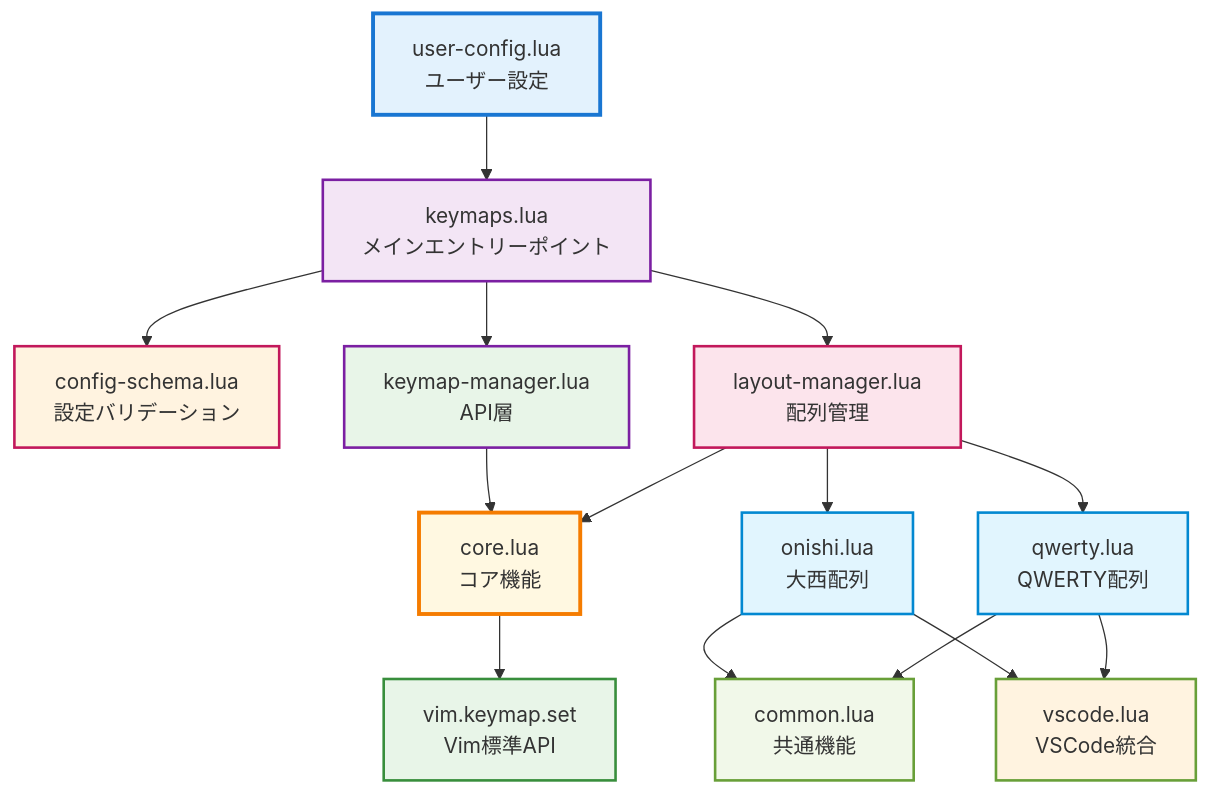
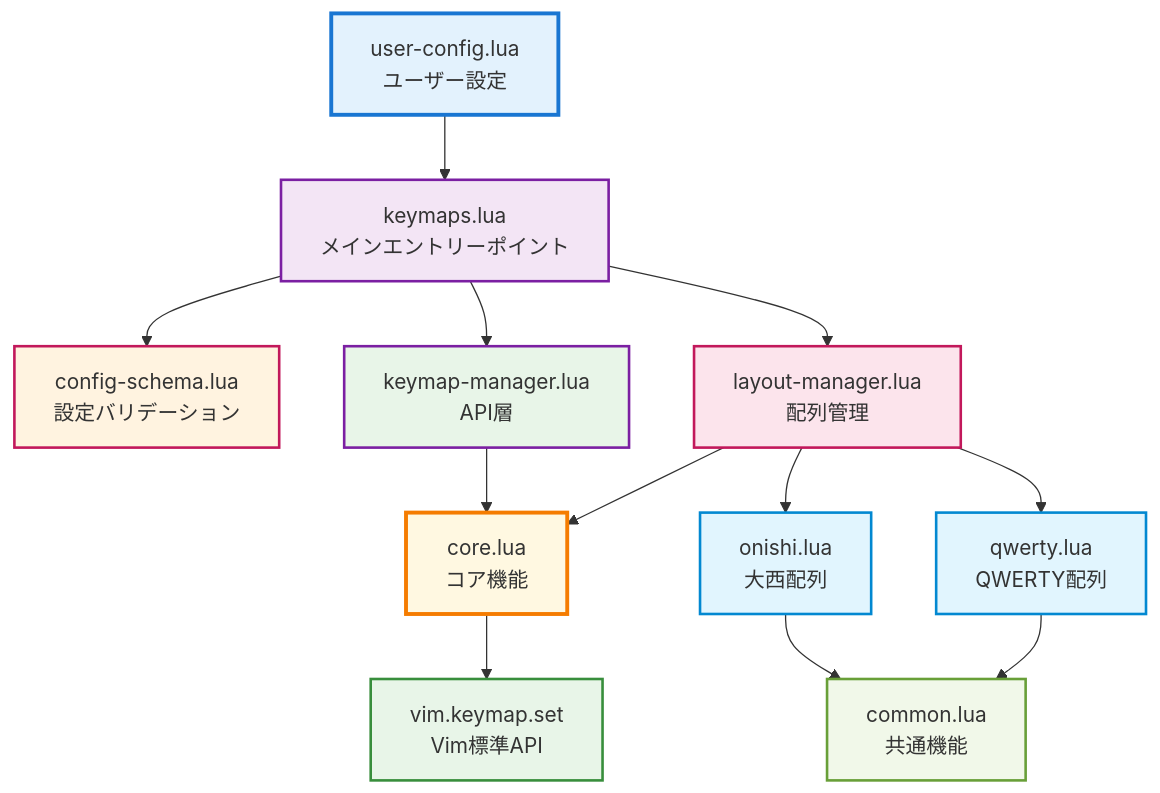
One commit to 133g/dotfiles changed the diagram in nvim/lua/config/keymaps/README.md. Above: the diagram before and after it, drawn with Mermaid. The commit also changed other lines of this file and 9 other files, not shown here.

````diff
--- a/nvim/lua/config/keymaps/README.md
+++ b/nvim/lua/config/keymaps/README.md
@@ -45,47 +44,44 @@
 ```mermaid
 graph TD
     A[user-config.lua<br/>ユーザー設定] --> B[keymaps.lua<br/>メインエントリーポイント]
     B --> C[config-schema.lua<br/>設定バリデーション]
     B --> D[keymap-manager.lua<br/>API層]
     B --> E[layout-manager.lua<br/>配列管理]
     
     D --> F[core.lua<br/>コア機能]
     E --> F
     E --> G[onishi.lua<br/>大西配列]
     E --> H[qwerty.lua<br/>QWERTY配列]
     
     G --> I[common.lua<br/>共通機能]
-    G --> J[vscode.lua<br/>VSCode統合]
     H --> I
-    H --> J
     
     F --> K[vim.keymap.set<br/>Vim標準API]
     
     style A fill:#e3f2fd
     style B fill:#f3e5f5
     style C fill:#fff3e0
     style D fill:#e8f5e8
     style E fill:#fce4ec
     style F fill:#fff8e1
     style G fill:#e1f5fe
     style H fill:#e1f5fe
     style I fill:#f1f8e9
-    style J fill:#fff3e0
     style K fill:#e8f5e8
     
     classDef userLayer fill:#e3f2fd,stroke:#1976d2,stroke-width:3px
     classDef apiLayer fill:#f3e5f5,stroke:#7b1fa2,stroke-width:2px
     classDef coreLayer fill:#fff8e1,stroke:#f57c00,stroke-width:3px
     classDef systemLayer fill:#fce4ec,stroke:#c2185b,stroke-width:2px
     classDef configLayer fill:#e1f5fe,stroke:#0288d1,stroke-width:2px
     classDef utilLayer fill:#f1f8e9,stroke:#689f38,stroke-width:2px
     classDef vimApi fill:#e8f5e8,stroke:#388e3c,stroke-width:2px
     
     class A userLayer
     class B,D apiLayer
     class F coreLayer
     class C,E systemLayer
     class G,H configLayer
-    class I,J utilLayer
+    class I utilLayer
     class K vimApi
 ```
````
